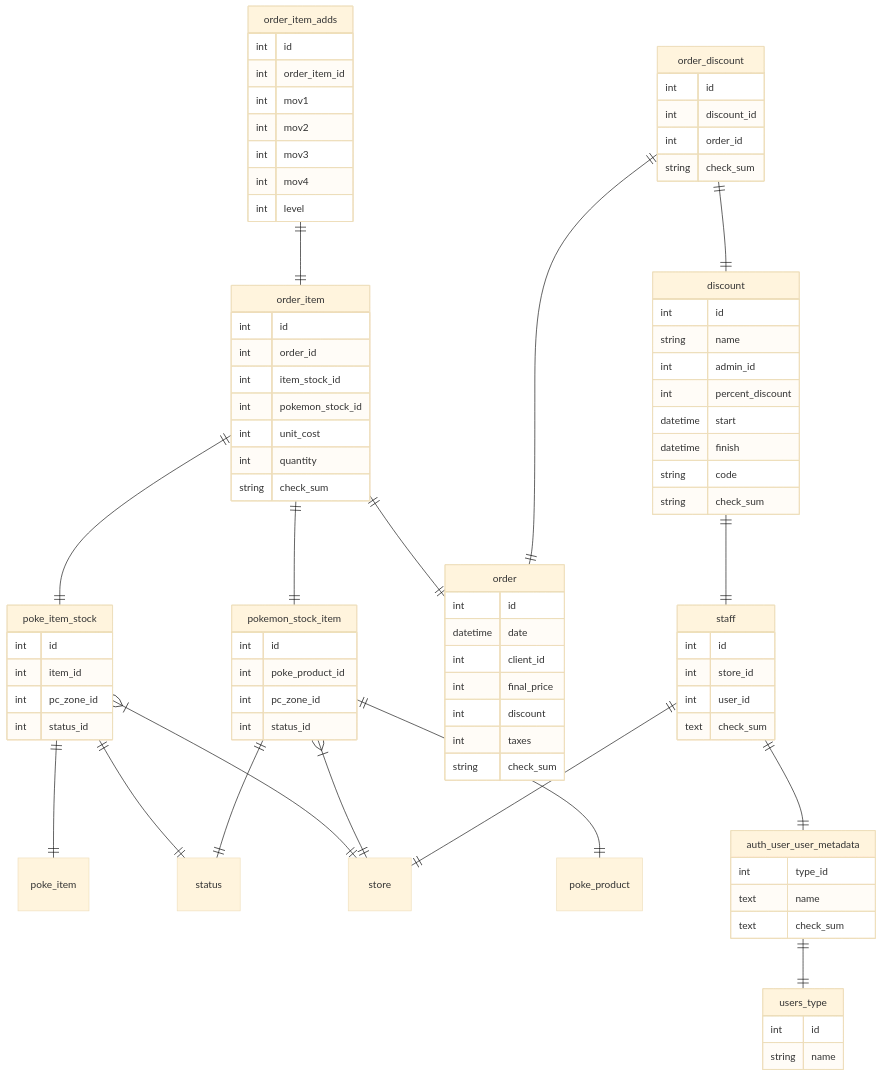
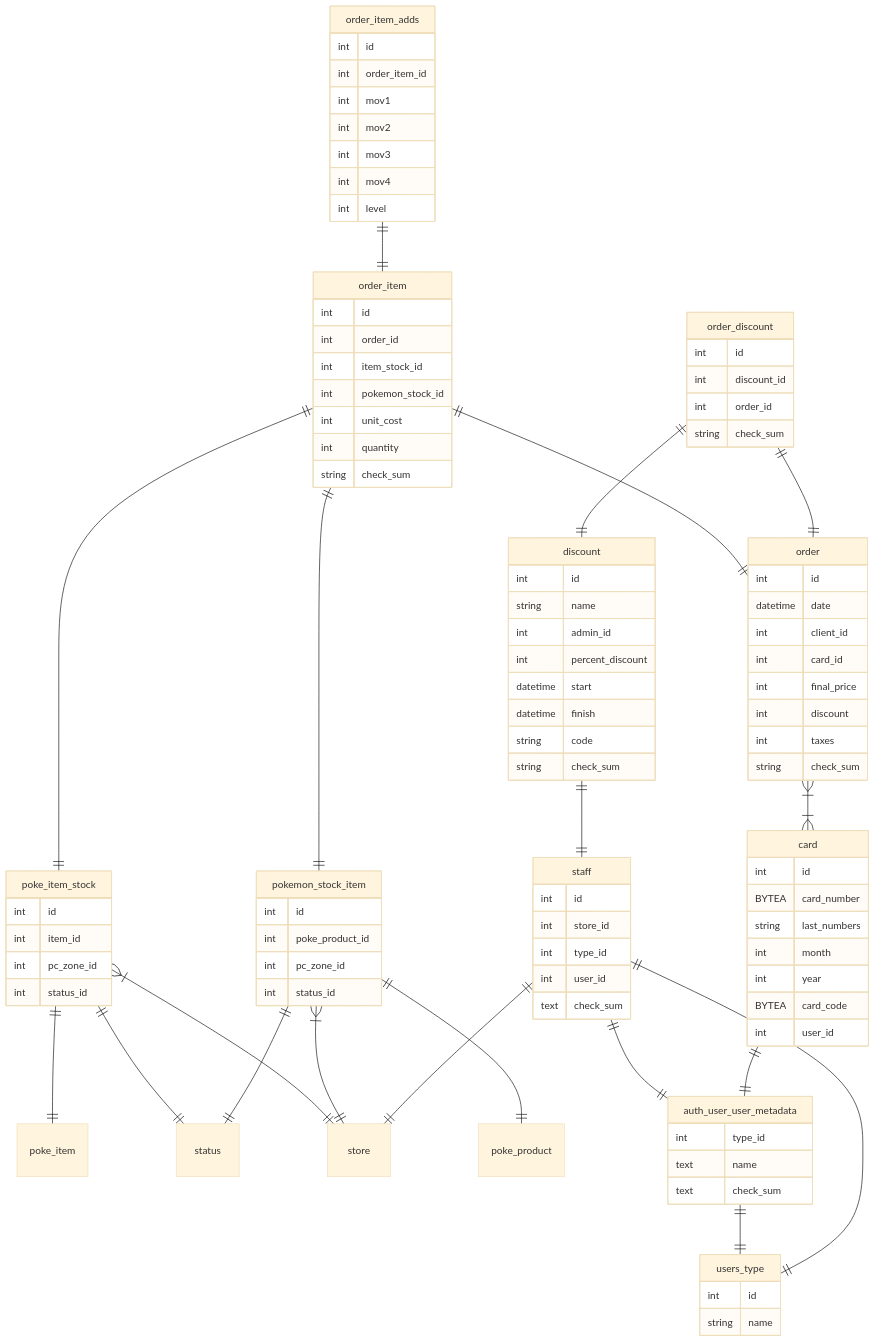
Before and after one commit to AvocadoAguacate/PokeiMarket: the fourth of 6 diagrams in backend/db/readme.md, drawn with Mermaid (base theme). The commit also changed other lines of this file and 1 other file, not shown here.

Commit message:
ADD card table, isDeleted

````diff
--- a/backend/db/readme.md
+++ b/backend/db/readme.md
@@ -607,6 +632,7 @@
         datetime date
         int client_id
         %% cliend_id = FK auth.users.id
+        int card_id
         int final_price
         %% final_price NUMERIC(10, 2)
         int discount
@@ -615,6 +641,8 @@
         %% taxes NUMERIC(10, 2)
         string check_sum
     }
+
+    order }|--|{ card:""
 
     order_item {
         int id
@@ -694,13 +722,30 @@
     staff{
         int id
         int store_id
+        int type_id
+        %% CONSTRAINT fk_type FOREIGN KEY (type_id) REFERENCES user (id) ON DELETE CASCADE
         int user_id
-        %% CONSTRAINT fk_user FOREIGN KEY (user_id) REFERENCES auth.users (id) ON DELETE CASCADE
+        %% CONSTRAINT fk_user FOREIGN KEY (user_id) REFERENCES users_type (id) ON DELETE CASCADE
         text check_sum
     }
 
     staff||--|| auth_user_user_metadata:""
     staff||--|| store:""
+    staff||--|| users_type:""
 
+    card{
+        int id
+        BYTEA card_number
+        string last_numbers
+        %% VARCHAR(4)
+        int month
+        %% 1 <= month <=12 
+        int year
+        %% year > 2024
+        BYTEA card_code
+        int user_id
+        %% CONSTRAINT fk_user FOREIGN KEY (user_id) REFERENCES auth.users (id) ON DELETE CASCADE
+    }
 
+    card ||--||auth_user_user_metadata:""
 ```
````
